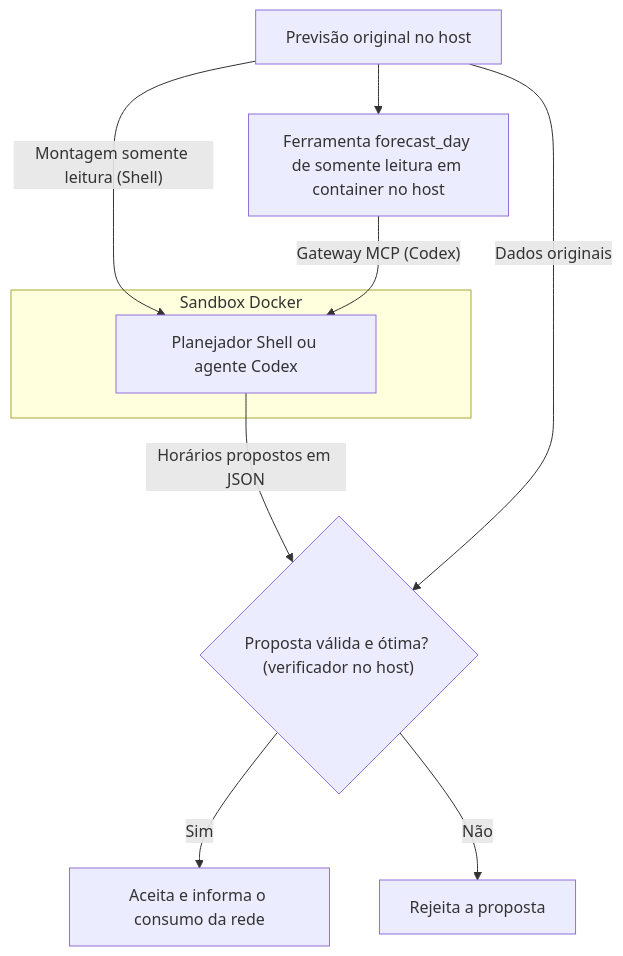
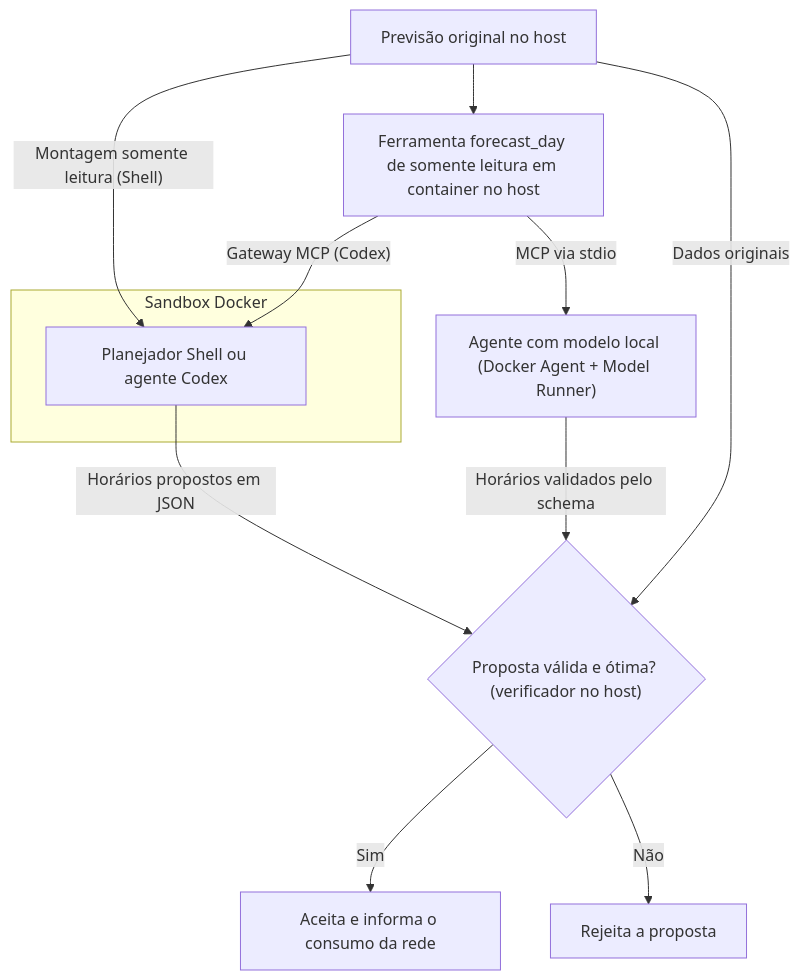
Before and after one commit to brunovicco/ai-agents-on-docker-lab: the diagram in README.pt-BR.md, drawn with Mermaid. The commit also changed other lines of this file and 9 other files, not shown here.

First line of the commit message:
Add a local model planner with Docker Agent and Docker Model Runner

````diff
--- a/README.pt-BR.md
+++ b/README.pt-BR.md
@@ -31,14 +31,16 @@
 ```mermaid
 flowchart TB
     Forecast["Previsão original no host"]
     subgraph Sandbox["Sandbox Docker"]
         Planner["Planejador Shell ou agente Codex"]
     end
     Forecast -->|"Montagem somente leitura (Shell)"| Planner
     Forecast --> MCP["Ferramenta forecast_day de somente leitura em container no host"]
     MCP -->|"Gateway MCP (Codex)"| Planner
+    MCP -->|"MCP via stdio"| Local["Agente com modelo local (Docker Agent + Model Runner)"]
     Planner -->|"Horários propostos em JSON"| Verify{"Proposta válida e ótima? (verificador no host)"}
+    Local -->|"Horários validados pelo schema"| Verify
     Forecast -->|"Dados originais"| Verify
     Verify -->|"Sim"| Accept["Aceita e informa o consumo da rede"]
     Verify -->|"Não"| Reject["Rejeita a proposta"]
 ```
````
